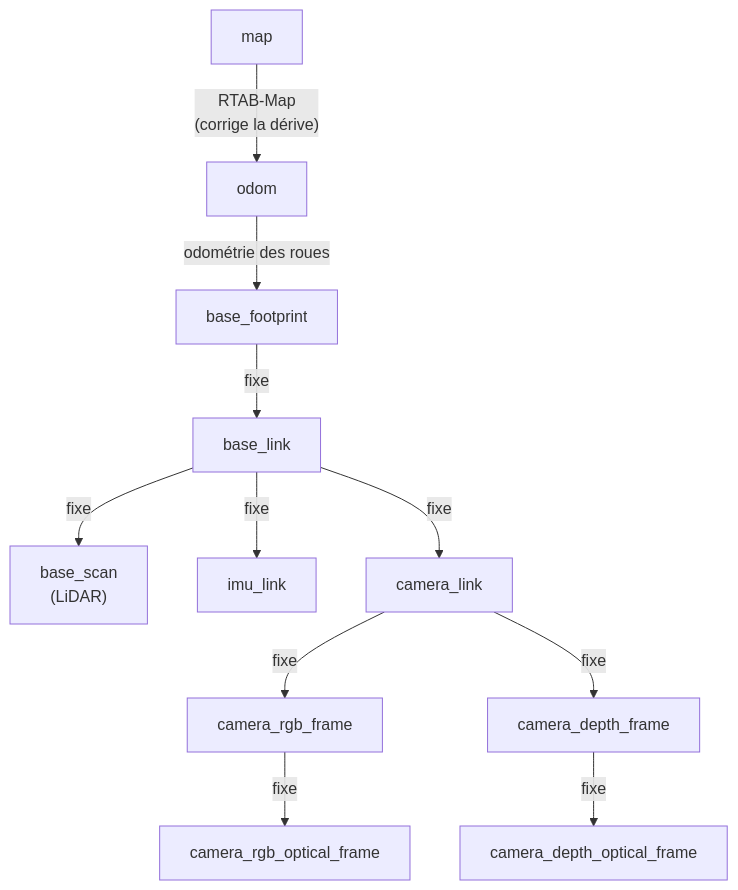
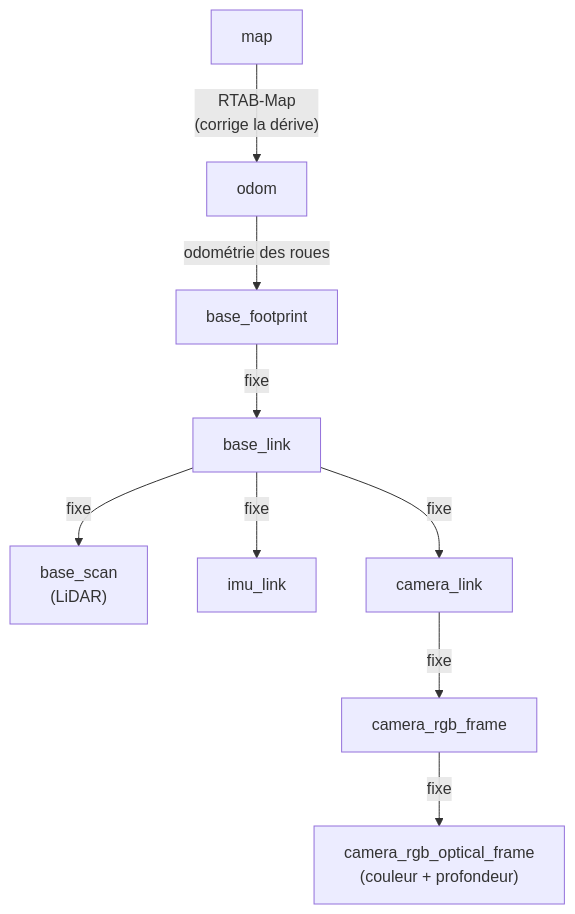
Before and after one commit to essomanam/robot-mobile: the second of 2 diagrams in docs/03_architecture_cible.md, drawn with Mermaid. The commit also changed other lines of this file and 48 other files, not shown here.

````diff
--- a/docs/03_architecture_cible.md
+++ b/docs/03_architecture_cible.md
@@ -95,13 +99,11 @@
 ```mermaid
 flowchart TD
     MAP["map"] -->|"RTAB-Map<br/>(corrige la dérive)"| ODOM["odom"]
     ODOM -->|"odométrie des roues"| FP["base_footprint"]
     FP -->|fixe| BL["base_link"]
     BL -->|fixe| SCAN["base_scan<br/>(LiDAR)"]
     BL -->|fixe| IMU["imu_link"]
     BL -->|fixe| CL["camera_link"]
     CL -->|fixe| RGB["camera_rgb_frame"]
-    RGB -->|fixe| RGBO["camera_rgb_optical_frame"]
-    CL -->|fixe| DEP["camera_depth_frame"]
-    DEP -->|fixe| DEPO["camera_depth_optical_frame"]
+    RGB -->|fixe| RGBO["camera_rgb_optical_frame<br/>(couleur + profondeur)"]
 ```
````
